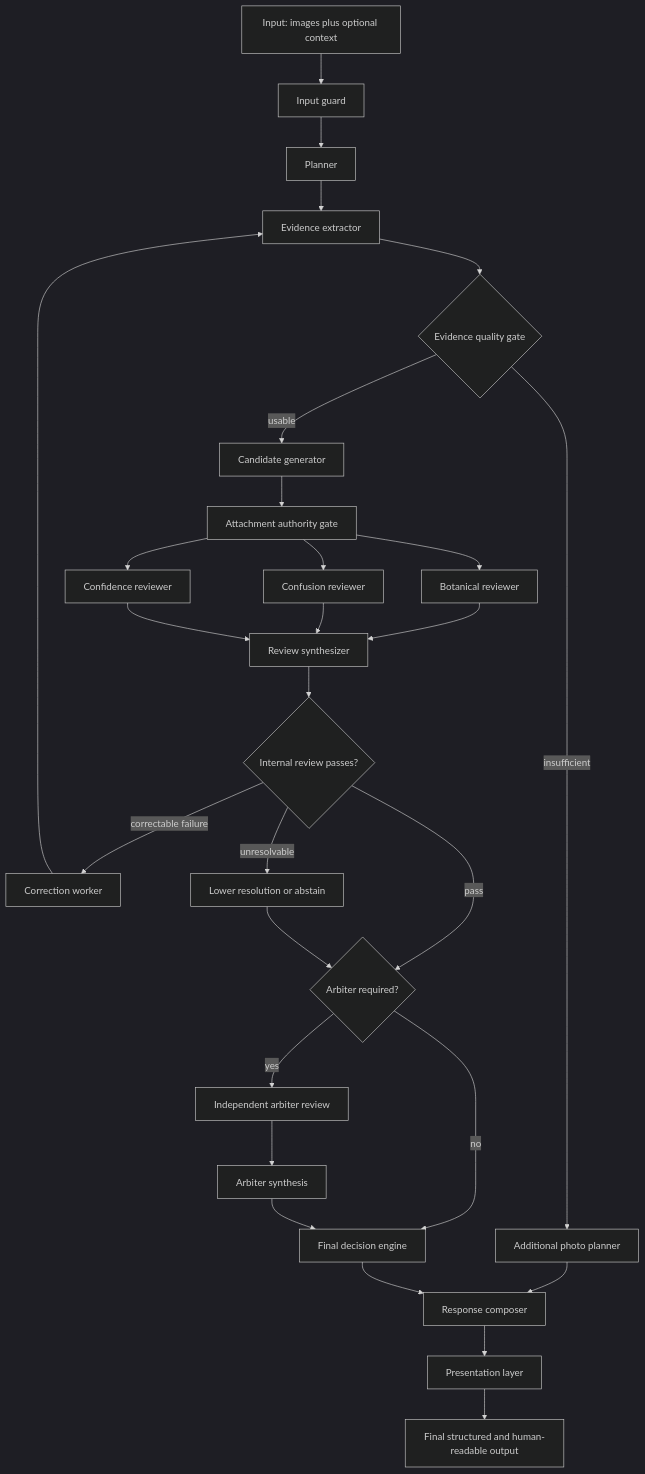
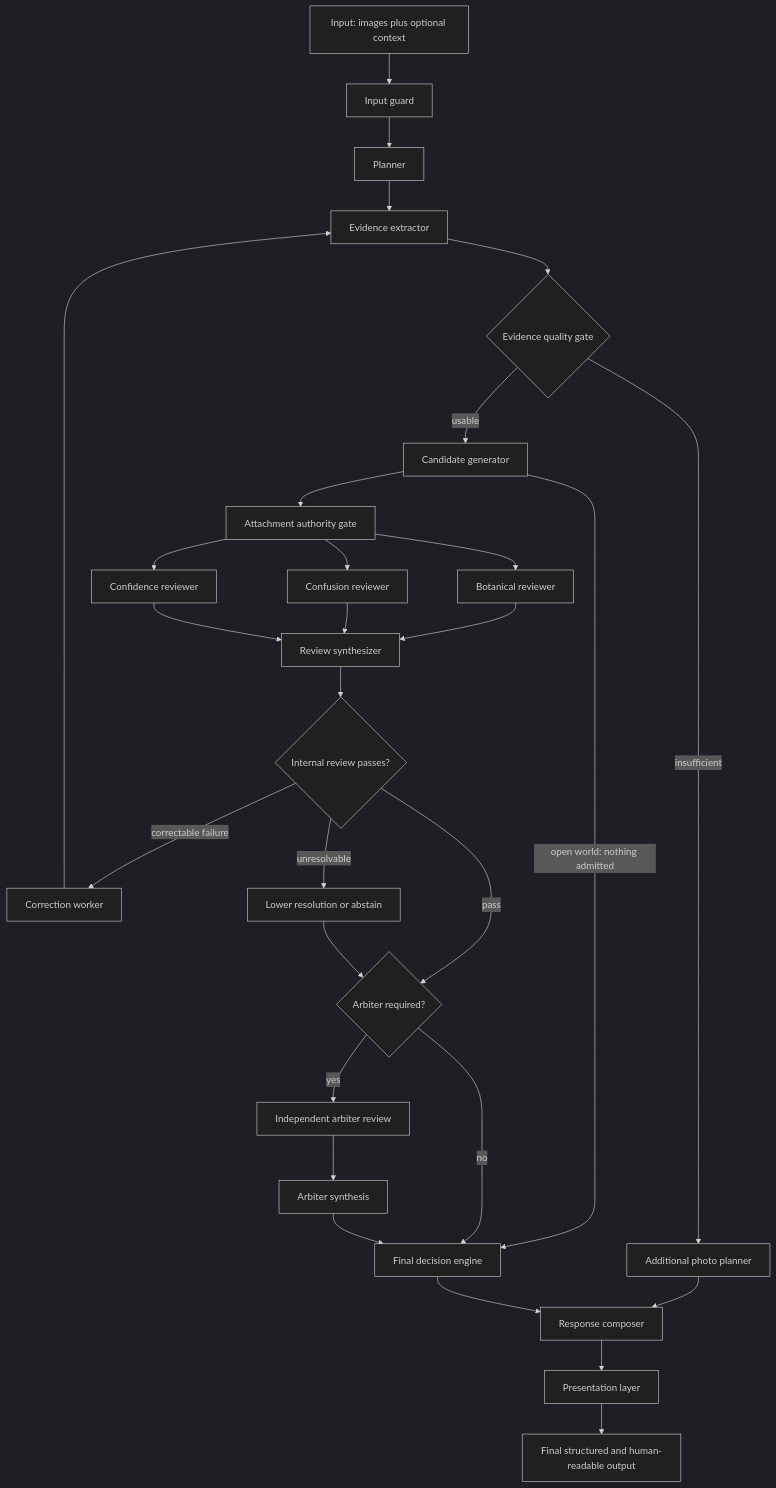
The diagram in README.md (Dendro-Inspector/Dendro-Inspector), drawn with Mermaid (dark theme) before and after one commit. The commit also changed 26 other files, not shown here.

First line of the commit message:
feat(knowledge): retain evidence-backed off-card taxa as open-world candidates

````diff
--- a/README.md
+++ b/README.md
@@ -45,53 +45,54 @@
 ```mermaid
 flowchart TD
     INPUT[Input: images plus optional context]
     INPUT_GUARD[Input guard]
     PLANNER[Planner]
     EVIDENCE_EXTRACTOR[Evidence extractor]
     EVIDENCE_QUALITY{Evidence quality gate}
     PHOTO_PLANNER[Additional photo planner]
     CANDIDATE_GENERATOR[Candidate generator]
     ATTACHMENT_AUTHORITY_GATE[Attachment authority gate]
     BOTANICAL_REVIEWER[Botanical reviewer]
     CONFUSION_REVIEWER[Confusion reviewer]
     CONFIDENCE_REVIEWER[Confidence reviewer]
     REVIEW_SYNTHESIZER[Review synthesizer]
     INTERNAL_GATE{Internal review passes?}
     CORRECTION_WORKER[Correction worker]
     ABSTAIN[Lower resolution or abstain]
     ESCALATION_GATE{Arbiter required?}
     ARBITER[Independent arbiter review]
     ARBITER_SYNTHESIZER[Arbiter synthesis]
     FINAL_DECISION[Final decision engine]
     RESPONSE_COMPOSER[Response composer]
     TONE_LAYER[Presentation layer]
     OUTPUT[Final structured and human-readable output]
 
     INPUT --> INPUT_GUARD
     INPUT_GUARD --> PLANNER
     PLANNER --> EVIDENCE_EXTRACTOR
     EVIDENCE_EXTRACTOR --> EVIDENCE_QUALITY
     EVIDENCE_QUALITY -->|insufficient| PHOTO_PLANNER
     PHOTO_PLANNER --> RESPONSE_COMPOSER
     EVIDENCE_QUALITY -->|usable| CANDIDATE_GENERATOR
     CANDIDATE_GENERATOR --> ATTACHMENT_AUTHORITY_GATE
+    CANDIDATE_GENERATOR -->|open world: nothing admitted| FINAL_DECISION
     ATTACHMENT_AUTHORITY_GATE --> BOTANICAL_REVIEWER
     ATTACHMENT_AUTHORITY_GATE --> CONFUSION_REVIEWER
     ATTACHMENT_AUTHORITY_GATE --> CONFIDENCE_REVIEWER
     BOTANICAL_REVIEWER --> REVIEW_SYNTHESIZER
     CONFUSION_REVIEWER --> REVIEW_SYNTHESIZER
     CONFIDENCE_REVIEWER --> REVIEW_SYNTHESIZER
     REVIEW_SYNTHESIZER --> INTERNAL_GATE
     INTERNAL_GATE -->|correctable failure| CORRECTION_WORKER
     CORRECTION_WORKER --> EVIDENCE_EXTRACTOR
     INTERNAL_GATE -->|unresolvable| ABSTAIN
     INTERNAL_GATE -->|pass| ESCALATION_GATE
     ESCALATION_GATE -->|no| FINAL_DECISION
     ESCALATION_GATE -->|yes| ARBITER
     ARBITER --> ARBITER_SYNTHESIZER
     ARBITER_SYNTHESIZER --> FINAL_DECISION
     ABSTAIN --> ESCALATION_GATE
     FINAL_DECISION --> RESPONSE_COMPOSER
     RESPONSE_COMPOSER --> TONE_LAYER
     TONE_LAYER --> OUTPUT
 ```
````
